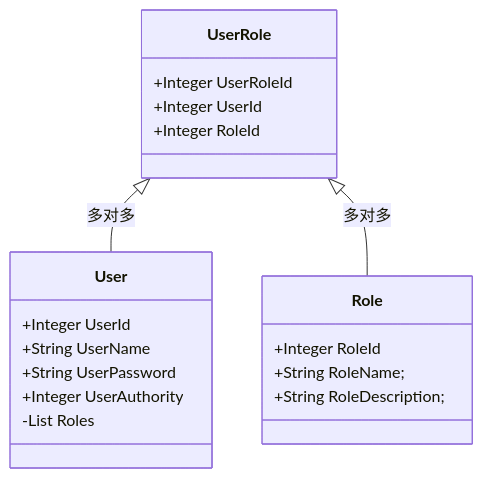
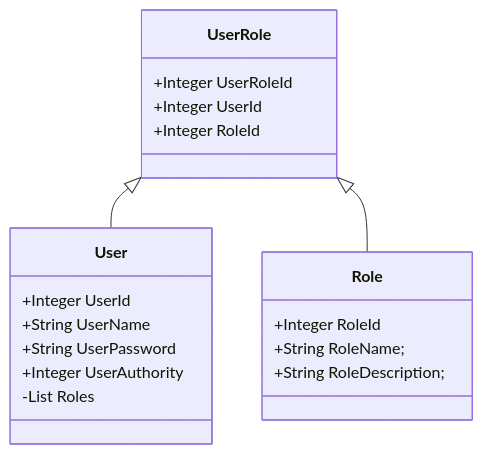
The diagram in 计算机/JavaWeb/后端/SpringBoot/2-2 MyBatis Plus.md (poppop9/obsidian), drawn with Mermaid before and after one commit. The commit also changed other lines of this file and 2 other files, not shown here.

Commit message:
vault backup: 2024-06-14 21:17:50

````diff
--- a/计算机/JavaWeb/后端/SpringBoot/2-2 MyBatis Plus.md
+++ b/计算机/JavaWeb/后端/SpringBoot/2-2 MyBatis Plus.md
@@ -466,26 +468,25 @@
 ```mermaid
 classDiagram
     class User {
 		+Integer UserId
         +String UserName
         +String UserPassword
         +Integer UserAuthority
         -List<String> Roles
     }
     
     class UserRole {
         +Integer UserRoleId
         +Integer UserId
         +Integer RoleId
     }
     
     class Role {
         +Integer RoleId
         +String RoleName;
         +String RoleDescription;
     }
     
-    UserRole <|-- User : 多对多
-    UserRole <|-- Role : 多对多
-
+    UserRole <|-- User : 
+    UserRole <|-- Role : 
 ```
````
